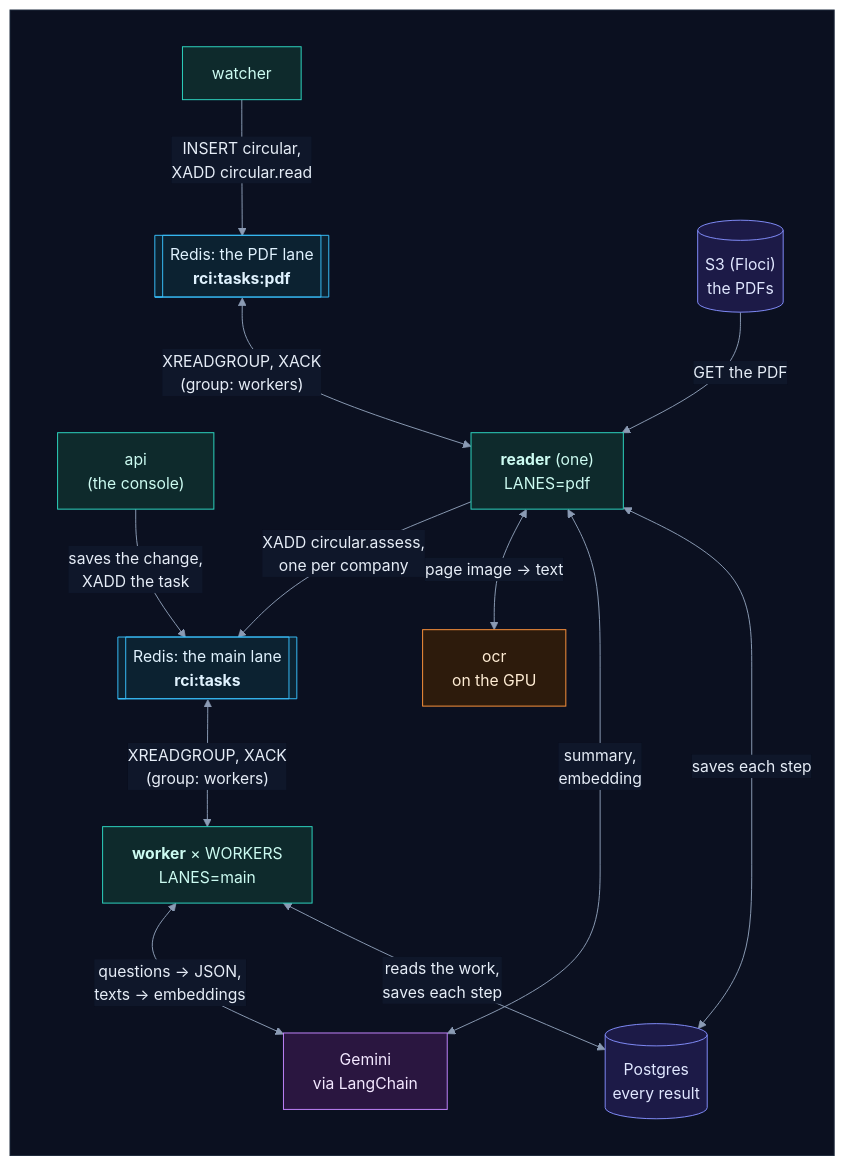
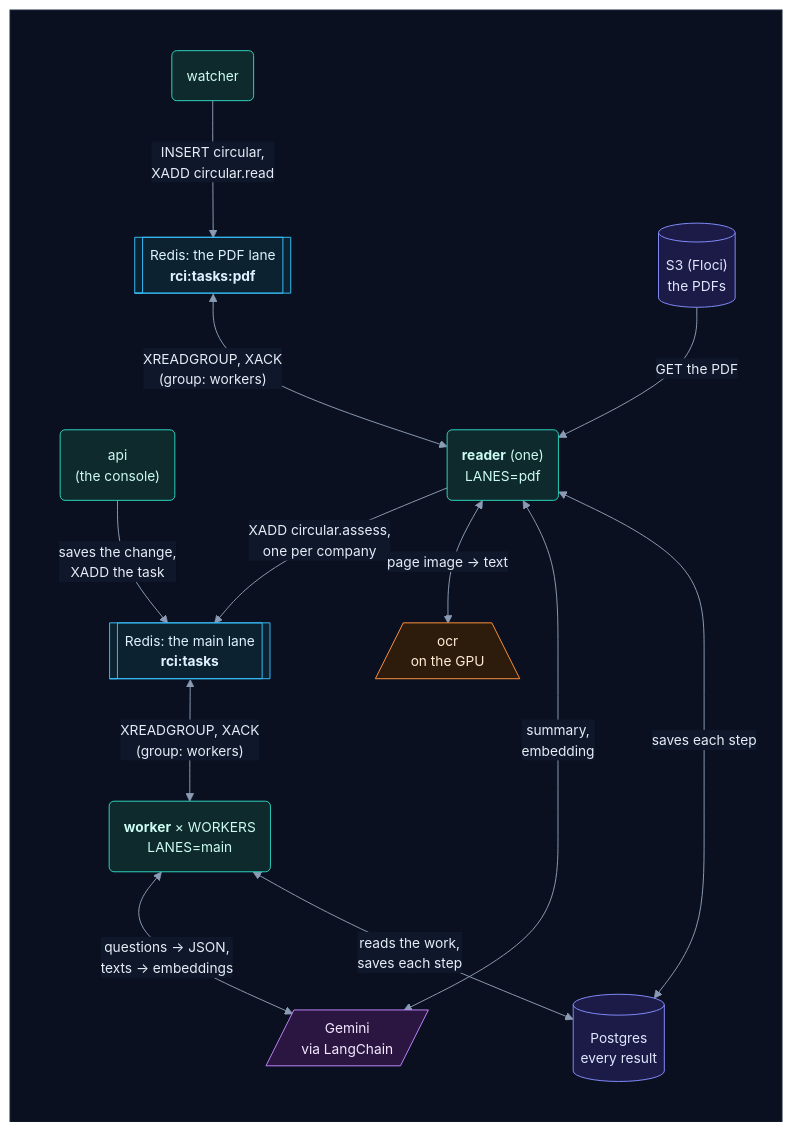
Before and after one commit to selvakumarperumal/Regulatory_Circular_Impact_Agent: the first of 45 diagrams in backend/worker/INTERNALS.md, drawn with Mermaid. The commit also changed other lines of this file and 5 other files, not shown here.

Commit message:
Give the docs' flowcharts a shape per kind of part, more room and slightly smaller text

````diff
--- a/backend/worker/INTERNALS.md
+++ b/backend/worker/INTERNALS.md
@@ -62,34 +62,34 @@
 ```mermaid
-%%{init: {"theme": "base", "flowchart": {"diagramPadding": 0}, "themeVariables": {"darkMode": true, "primaryColor": "#16213a", "primaryTextColor": "#e6edf7", "primaryBorderColor": "#475a7a", "lineColor": "#8b9bb4", "secondaryColor": "#1b2436", "tertiaryColor": "#101a2e", "edgeLabelBackground": "#0f172a", "textColor": "#e2e8f0", "clusterBkg": "#0f1728", "clusterBorder": "#2b3a55", "titleColor": "#c4b5fd", "nodeTextColor": "#e6edf7"}}}%%
+%%{init: {"theme": "base", "flowchart": {"diagramPadding": 0, "nodeSpacing": 58, "rankSpacing": 58, "curve": "basis"}, "themeVariables": {"fontSize": "14px", "darkMode": true, "primaryColor": "#16213a", "primaryTextColor": "#e6edf7", "primaryBorderColor": "#475a7a", "lineColor": "#8b9bb4", "secondaryColor": "#1b2436", "tertiaryColor": "#101a2e", "edgeLabelBackground": "#0f172a", "textColor": "#e2e8f0", "clusterBkg": "#0f1728", "clusterBorder": "#2b3a55", "titleColor": "#c4b5fd", "nodeTextColor": "#e6edf7"}}}%%
 flowchart TD
     subgraph canvas[" "]
         direction TB
-        watcher["watcher"] -->|"INSERT circular,<br/>XADD circular.read"| P[["Redis: the PDF lane<br/><b>rci:tasks:pdf</b>"]]
-        api["api<br/>(the console)"] -->|"saves the change,<br/>XADD the task"| Q[["Redis: the main lane<br/><b>rci:tasks</b>"]]
-        P <-->|"XREADGROUP, XACK<br/>(group: workers)"| R["<b>reader</b> (one)<br/>LANES=pdf"]
-        Q <-->|"XREADGROUP, XACK<br/>(group: workers)"| K["<b>worker</b> × WORKERS<br/>LANES=main"]
+        watcher("watcher") -->|"INSERT circular,<br/>XADD circular.read"| P[["Redis: the PDF lane<br/><b>rci:tasks:pdf</b>"]]
+        api("api<br/>(the console)") -->|"saves the change,<br/>XADD the task"| Q[["Redis: the main lane<br/><b>rci:tasks</b>"]]
+        P <-->|"XREADGROUP, XACK<br/>(group: workers)"| R("<b>reader</b> (one)<br/>LANES=pdf")
+        Q <-->|"XREADGROUP, XACK<br/>(group: workers)"| K("<b>worker</b> × WORKERS<br/>LANES=main")
         R -->|"XADD circular.assess,<br/>one per company"| Q
         S3[("S3 (Floci)<br/>the PDFs")] -->|"GET the PDF"| R
-        R <-->|"page image → text"| O["ocr<br/>on the GPU"]
-        R <-->|"summary,<br/>embedding"| G["Gemini<br/>via LangChain"]
+        R <-->|"page image → text"| O[/"ocr<br/>on the GPU"\]
+        R <-->|"summary,<br/>embedding"| G[/"Gemini<br/>via LangChain"/]
         K <-->|"questions → JSON,<br/>texts → embeddings"| G
         R <-->|"saves each step"| PG[("Postgres<br/>every result")]
         K <-->|"reads the work,<br/>saves each step"| PG
     end
     classDef svc fill:#0e2a2c,stroke:#2dd4bf,color:#ccfbf1
     classDef data fill:#1c1a47,stroke:#818cf8,color:#e0e7ff
     classDef ext fill:#2a1640,stroke:#c084fc,color:#f3e8ff
     classDef gpu fill:#2d1b0c,stroke:#fb923c,color:#ffedd5
     classDef ask fill:#2a2410,stroke:#fbbf24,color:#fef3c7
     classDef ok fill:#0b2a1c,stroke:#34d399,color:#d1fae5
     classDef bad fill:#2e0f17,stroke:#fb7185,color:#ffe4e6
     classDef start fill:#1c2a0e,stroke:#a7ef6f,color:#ecfccb
     classDef muted fill:#1a2130,stroke:#64748b,color:#cbd5e1
     classDef queue fill:#0c2231,stroke:#38bdf8,color:#e0f2fe
     class watcher,api,R,K svc
     class P,Q queue
     class PG,S3 data
     class O gpu
     class G ext
     style canvas fill:#0b1020,stroke:#1e293b,color:#0b1020
 ```
````
